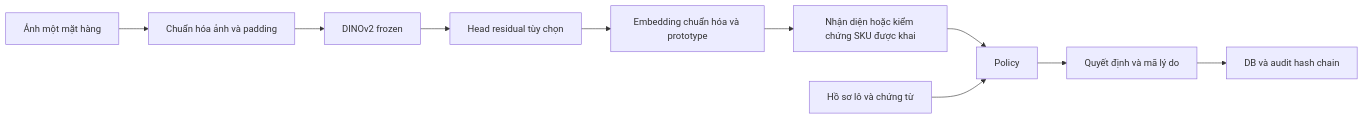
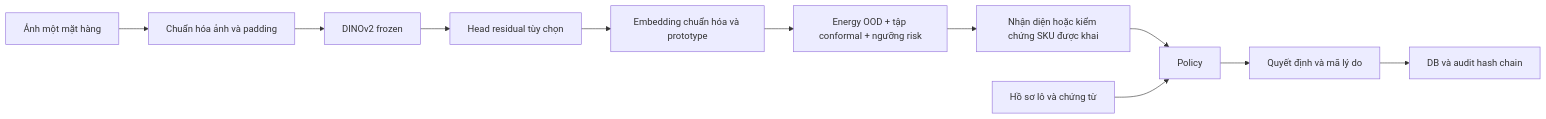
Before and after one commit to quangdong0302/retail-provenance-vision: the diagram in docs/ARCHITECTURE.md, drawn with Mermaid. The commit also changed other lines of this file and 79 other files, not shown here.

````diff
--- a/docs/ARCHITECTURE.md
+++ b/docs/ARCHITECTURE.md
@@ -5,12 +5,13 @@
 ```mermaid
 flowchart LR
     A[Ảnh một mặt hàng] --> B[Chuẩn hóa ảnh và padding]
     B --> C[DINOv2 frozen]
     C --> D[Head residual tùy chọn]
     D --> E[Embedding chuẩn hóa và prototype]
-    E --> F[Nhận diện hoặc kiểm chứng SKU được khai]
+    E --> O[Energy OOD + tập conformal + ngưỡng risk]
+    O --> F[Nhận diện hoặc kiểm chứng SKU được khai]
     F --> G[Policy]
     H[Hồ sơ lô và chứng từ] --> G
     G --> I[Quyết định và mã lý do]
     I --> J[DB và audit hash chain]
 ```
````
